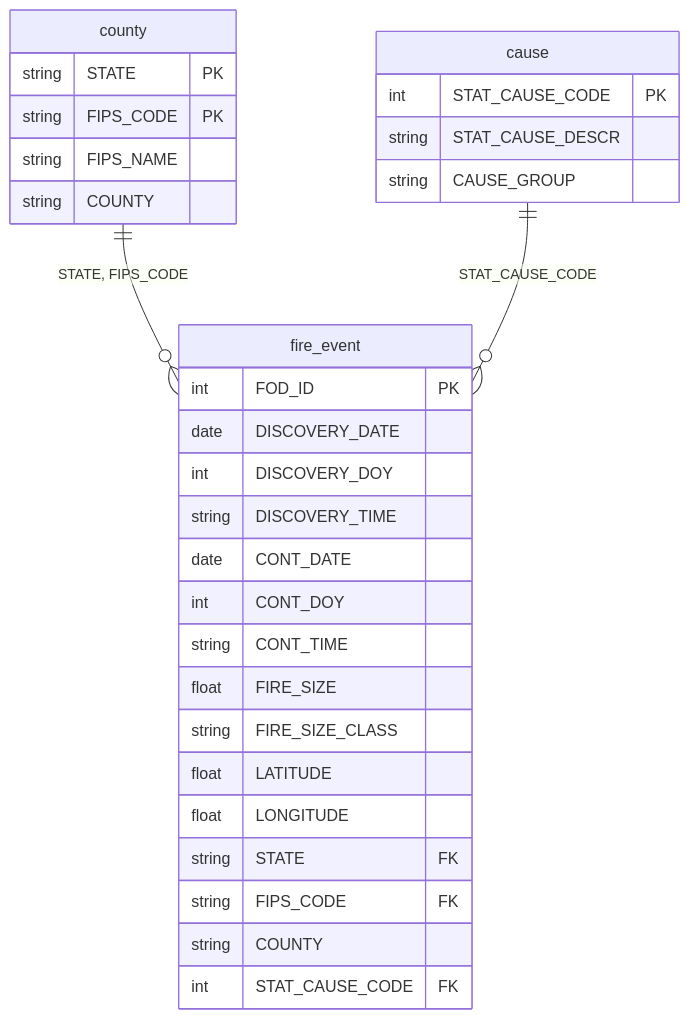
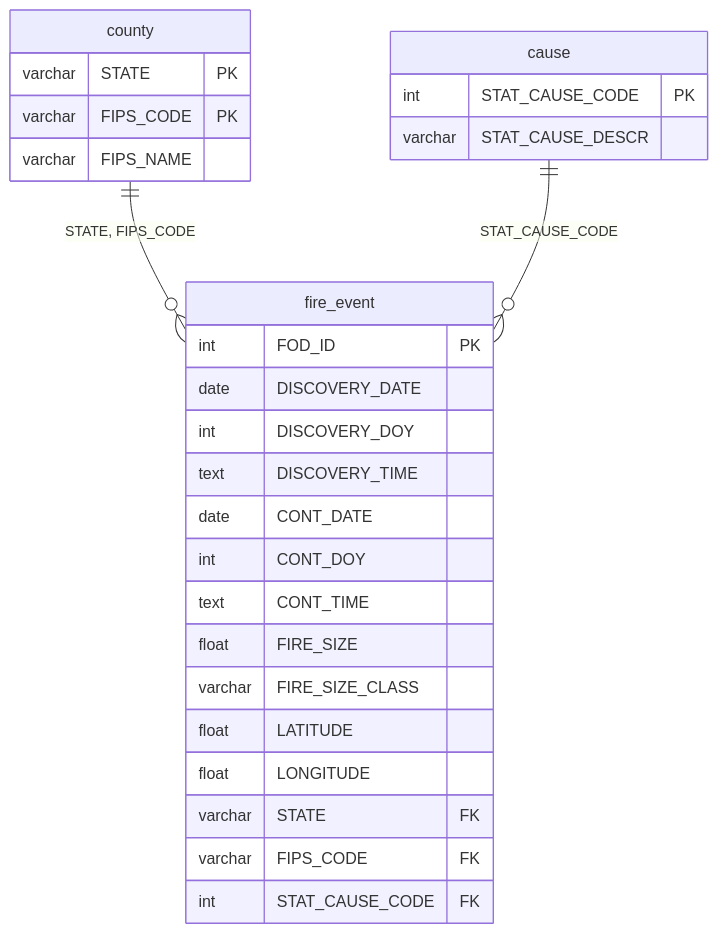
Before and after one commit to Lauramontescd/Grupo2_TF_computacionII: the diagram in Base de Datos/MODELADO_DE_DATOS.md, drawn with Mermaid. The commit also changed other lines of this file, not shown here.

````diff
--- a/Base de Datos/MODELADO_DE_DATOS.md
+++ b/Base de Datos/MODELADO_DE_DATOS.md
@@ -19,36 +19,33 @@
 ```mermaid
 erDiagram
     county ||--o{ fire_event : "STATE, FIPS_CODE"
     cause ||--o{ fire_event : "STAT_CAUSE_CODE"
    county {
-        string STATE PK 
-        string FIPS_CODE PK 
-        string FIPS_NAME
-        string COUNTY 
+        varchar STATE PK 
+        varchar FIPS_CODE PK 
+        varchar FIPS_NAME
     }
 
     cause {
         int STAT_CAUSE_CODE PK 
-        string STAT_CAUSE_DESCR 
-        string CAUSE_GROUP
+        varchar STAT_CAUSE_DESCR 
     }
 
     fire_event {
         int FOD_ID PK
         date DISCOVERY_DATE 
         int DISCOVERY_DOY 
-        string DISCOVERY_TIME 
+        text DISCOVERY_TIME 
         date CONT_DATE 
         int CONT_DOY 
-        string CONT_TIME 
+        text CONT_TIME 
         float FIRE_SIZE 
-        string FIRE_SIZE_CLASS 
+        varchar FIRE_SIZE_CLASS 
         float LATITUDE 
         float LONGITUDE 
-        string STATE FK 
-        string FIPS_CODE FK 
-        string COUNTY 
+        varchar STATE FK 
+        varchar FIPS_CODE FK 
         int STAT_CAUSE_CODE FK 
     }
 
 ```
````
